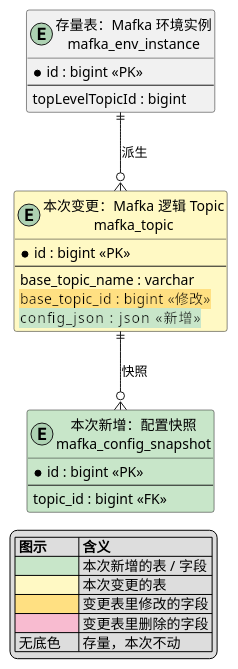
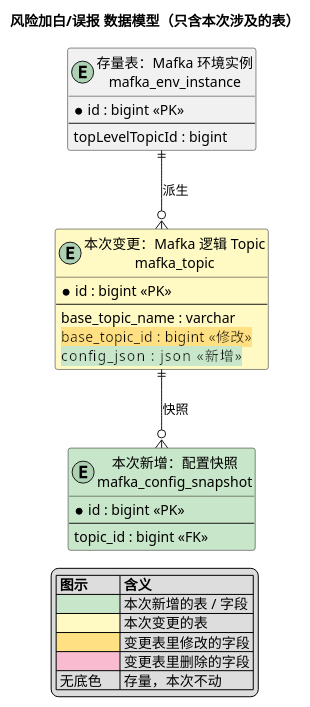
Before and after one commit to zelehuangdog-source/zeleSkills: the third of 3 diagrams in clarify/references/diagram-spec.md, drawn with PlantUML. The commit also changed other lines of this file and 1 other file, not shown here.

First line of the commit message:
clarify：三类图必须自带标题，业务序列图标题说清谁在干什么

````diff
--- a/clarify/references/diagram-spec.md
+++ b/clarify/references/diagram-spec.md
@@ -183,33 +218,36 @@
 ```plantuml
+@startuml
+title 风险加白/误报 数据模型（只含本次涉及的表）
 entity "存量表：Mafka 环境实例\nmafka_env_instance" as env {
   * id : bigint <<PK>>
   --
   topLevelTopicId : bigint
 }
 
 entity "本次变更：Mafka 逻辑 Topic\nmafka_topic" as topic #FFF9C4 {
   * id : bigint <<PK>>
   --
   base_topic_name : varchar
   <back:#FFE082>base_topic_id : bigint   «修改»</back>
   <back:#C8E6C9>config_json : json       «新增»</back>
 }
 
 entity "本次新增：配置快照\nmafka_config_snapshot" as snap #C8E6C9 {
   * id : bigint <<PK>>
   --
   topic_id : bigint <<FK>>
 }
 
 env ||--o{ topic : 派生
 topic ||--o{ snap : 快照
 
 legend bottom
   |= 图示 |= 含义 |
   |<#C8E6C9>   | 本次新增的表 / 字段 |
   |<#FFF9C4>   | 本次变更的表 |
   |<#FFE082>   | 变更表里修改的字段 |
   |<#F8BBD0>   | 变更表里删除的字段 |
   | 无底色     | 存量，本次不动 |
 endlegend
+@enduml
 ```
````
